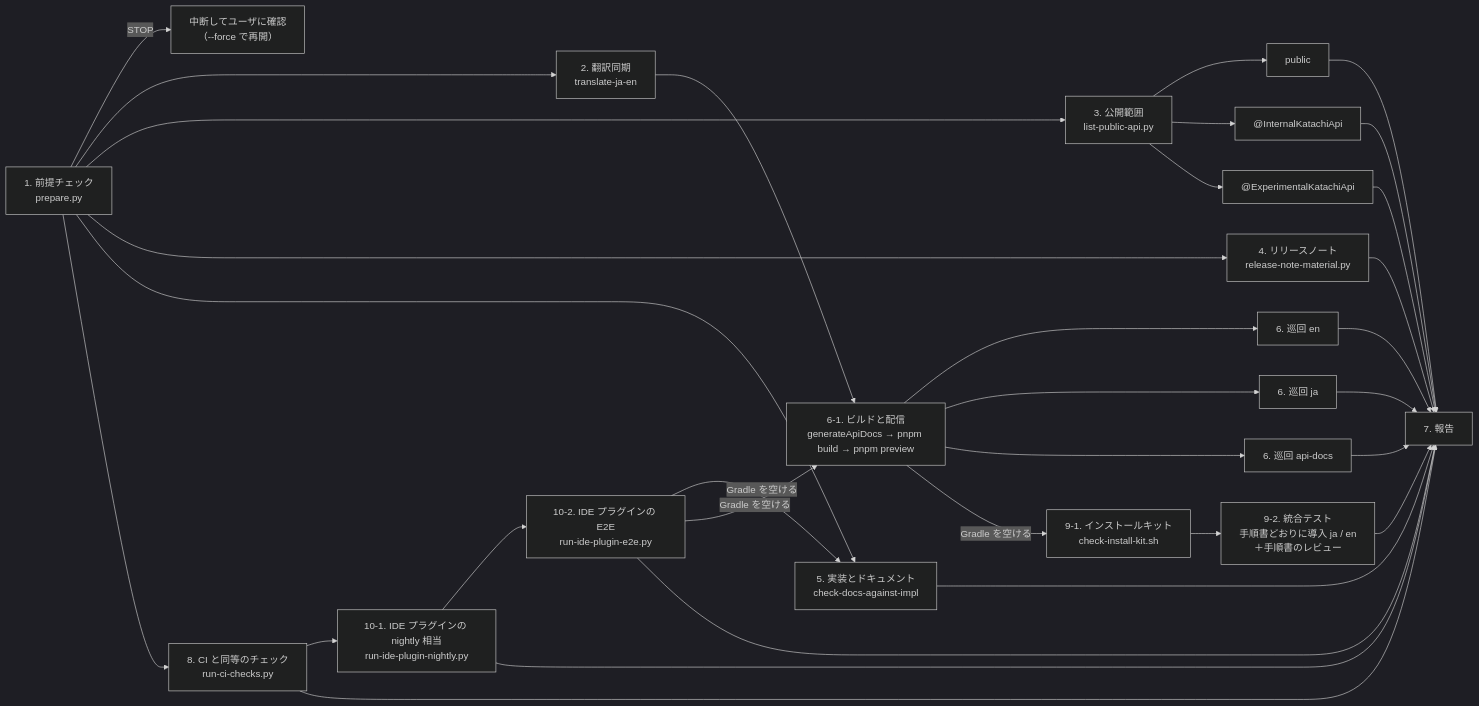
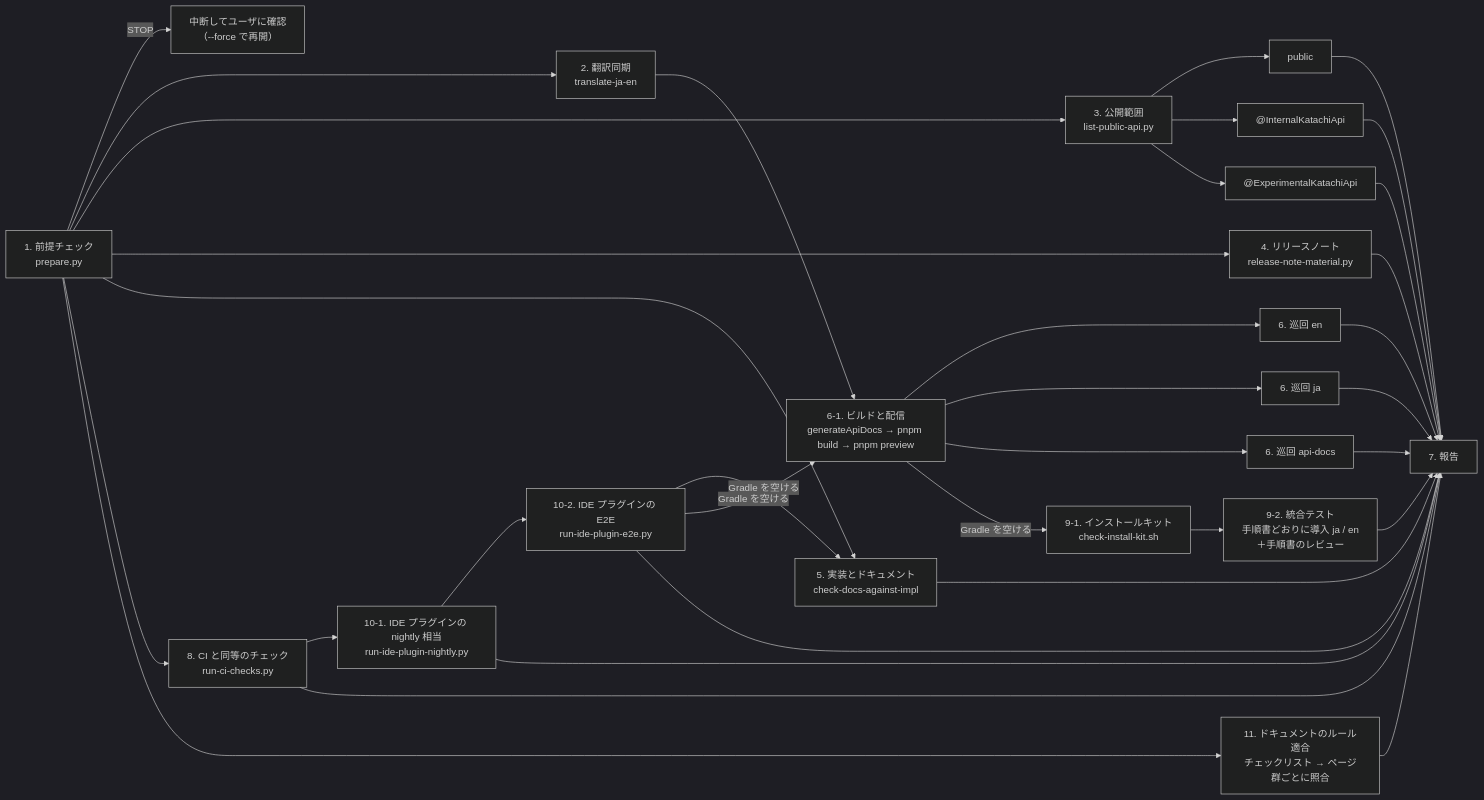
Before and after one commit to TBSten/katachi: the diagram in .claude/skills/prerelease/SKILL.md, drawn with Mermaid (dark theme). The commit also changed other lines of this file and 4 other files, not shown here.

````diff
--- a/.claude/skills/prerelease/SKILL.md
+++ b/.claude/skills/prerelease/SKILL.md
@@ -20,18 +20,19 @@
 ```mermaid
 flowchart LR
     P["1. 前提チェック<br/>prepare.py"] -- " STOP " --> Ask["中断してユーザに確認<br/>（--force で再開）"]
     P --> T["2. 翻訳同期<br/>translate-ja-en"]
     P --> V["3. 公開範囲<br/>list-public-api.py"]
     P --> R["4. リリースノート<br/>release-note-material.py"]
     P --> D["5. 実装とドキュメント<br/>check-docs-against-impl"]
     P --> CI["8. CI と同等のチェック<br/>run-ci-checks.py"]
+    P --> DR["11. ドキュメントのルール適合<br/>チェックリスト → ページ群ごとに照合"]
     V --> V1["public"] & V2["@InternalKatachiApi"] & V3["@ExperimentalKatachiApi"]
     T --> B["6-1. ビルドと配信<br/>generateApiDocs → pnpm build → pnpm preview"]
     B --> C1["6. 巡回 en"] & C2["6. 巡回 ja"] & C3["6. 巡回 api-docs"]
     CI --> N["10-1. IDE プラグインの nightly 相当<br/>run-ide-plugin-nightly.py"]
     N --> E2["10-2. IDE プラグインの E2E<br/>run-ide-plugin-e2e.py"]
     E2 -- " Gradle を空ける " --> D & B
     B -- " Gradle を空ける " --> IK["9-1. インストールキット<br/>check-install-kit.sh"]
     IK --> IE["9-2. 統合テスト<br/>手順書どおりに導入 ja / en<br/>＋手順書のレビュー"]
-    V1 & V2 & V3 & R & D & C1 & C2 & C3 & CI & N & E2 & IE --> Rep["7. 報告"]
+    V1 & V2 & V3 & R & D & DR & C1 & C2 & C3 & CI & N & E2 & IE --> Rep["7. 報告"]
 ```
````
